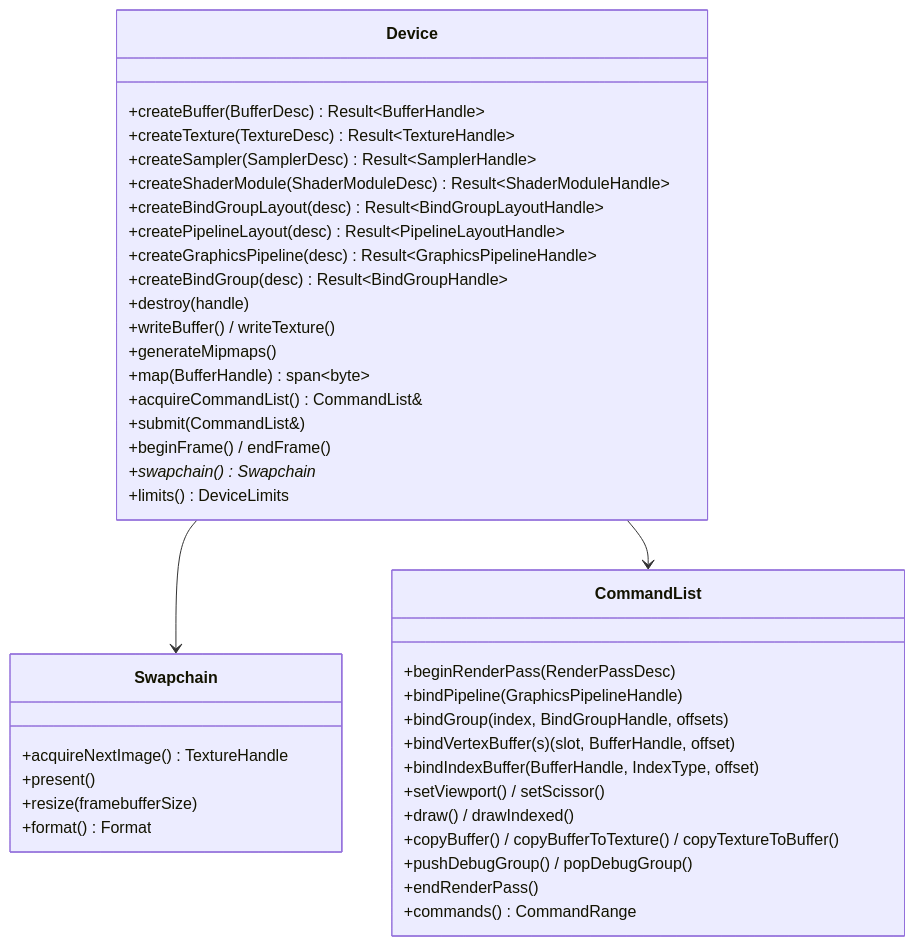
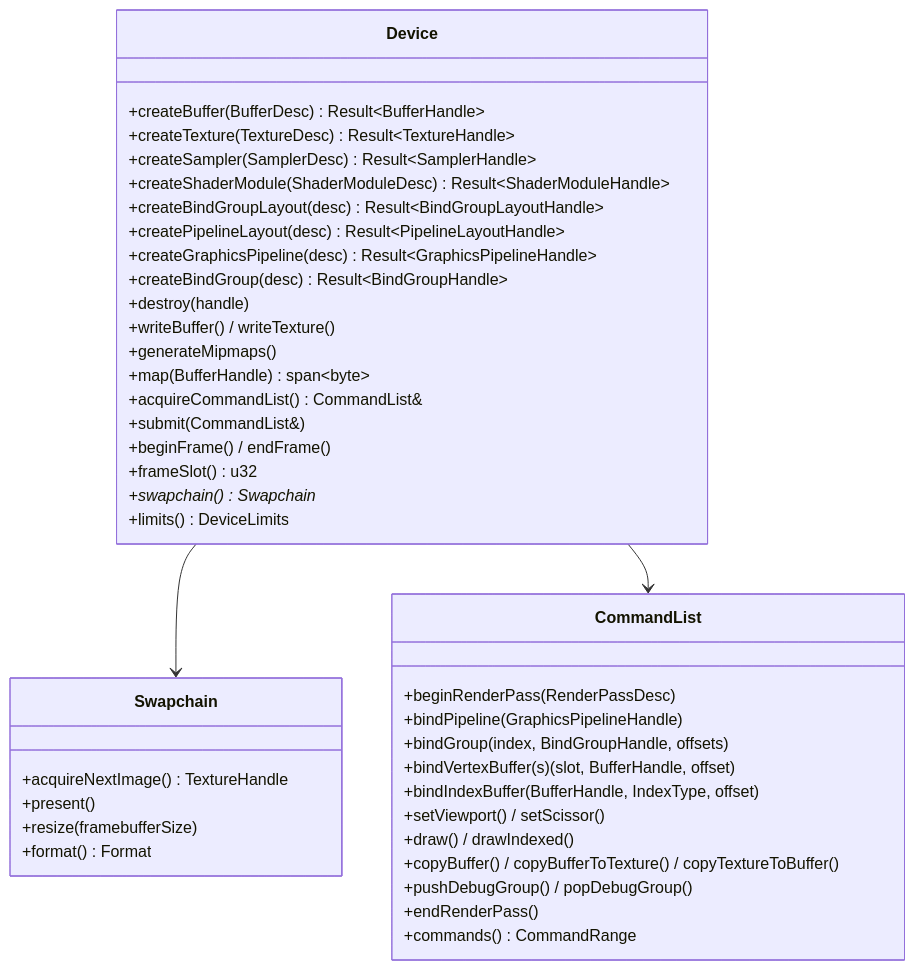
One commit to fyernald/teserra changed the first of 3 diagrams in docs/architecture/rhi.md. Above: the diagram before and after it, drawn with Mermaid. The commit also changed other lines of this file and 10 other files, not shown here.

First line of the commit message:
feat(rhi): fences per frame slot and deferred destruction (#205)

````diff
--- a/docs/architecture/rhi.md
+++ b/docs/architecture/rhi.md
@@ -18,43 +18,44 @@
 ```mermaid
 classDiagram
     class Device {
       +createBuffer(BufferDesc) Result~BufferHandle~
       +createTexture(TextureDesc) Result~TextureHandle~
       +createSampler(SamplerDesc) Result~SamplerHandle~
       +createShaderModule(ShaderModuleDesc) Result~ShaderModuleHandle~
       +createBindGroupLayout(desc) Result~BindGroupLayoutHandle~
       +createPipelineLayout(desc) Result~PipelineLayoutHandle~
       +createGraphicsPipeline(desc) Result~GraphicsPipelineHandle~
       +createBindGroup(desc) Result~BindGroupHandle~
       +destroy(handle)
       +writeBuffer() / writeTexture()
       +generateMipmaps()
       +map(BufferHandle) span~byte~
       +acquireCommandList() CommandList&
       +submit(CommandList&)
       +beginFrame() / endFrame()
+      +frameSlot() u32
       +swapchain() Swapchain*
       +limits() DeviceLimits
     }
     class Swapchain {
       +acquireNextImage() TextureHandle
       +present()
       +resize(framebufferSize)
       +format() Format
     }
     class CommandList {
       +beginRenderPass(RenderPassDesc)
       +bindPipeline(GraphicsPipelineHandle)
       +bindGroup(index, BindGroupHandle, offsets)
       +bindVertexBuffer(s)(slot, BufferHandle, offset)
       +bindIndexBuffer(BufferHandle, IndexType, offset)
       +setViewport() / setScissor()
       +draw() / drawIndexed()
       +copyBuffer() / copyBufferToTexture() / copyTextureToBuffer()
       +pushDebugGroup() / popDebugGroup()
       +endRenderPass()
       +commands() CommandRange
     }
     Device --> Swapchain
     Device --> CommandList
 ```
````
